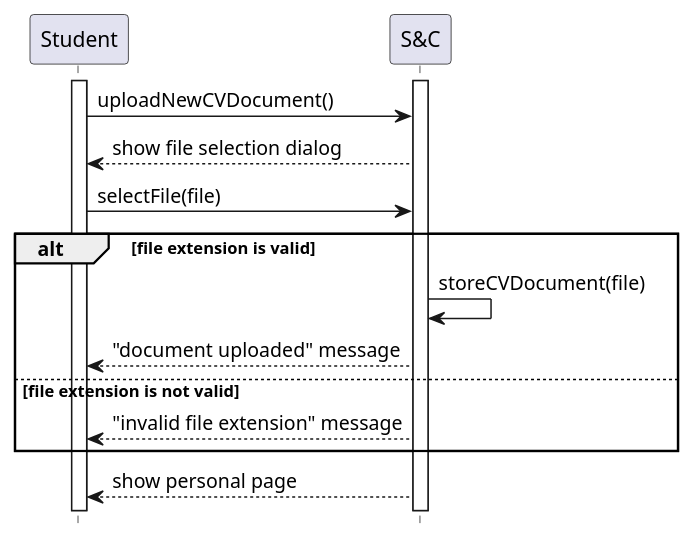
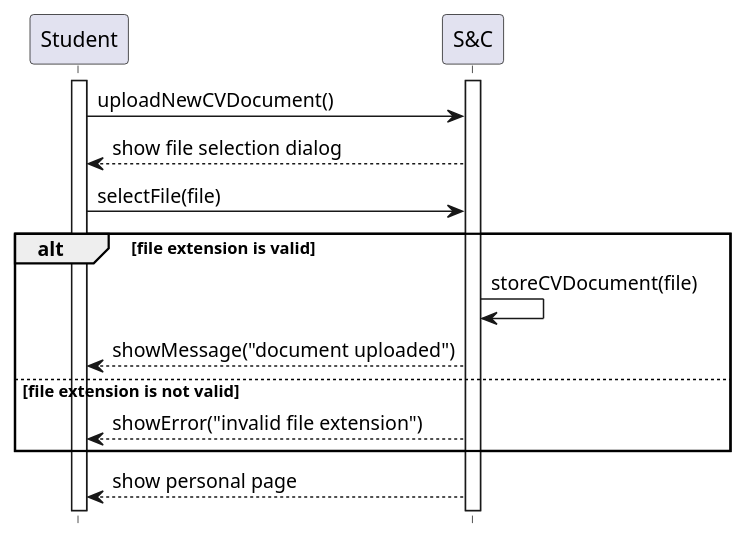
The diagram in RASD/Specific_requirements/uml_diagrams/UC10_diagram.puml (matti8702/R_and_DD_project_SE2), drawn with PlantUML before and after one commit. The commit also changed 7 other files, not shown here.

Commit message:
refactor: introduce showError and showMessage functions in sequence diagrams

```diff
--- a/RASD/Specific_requirements/uml_diagrams/UC10_diagram.puml
+++ b/RASD/Specific_requirements/uml_diagrams/UC10_diagram.puml
@@ -1,19 +1,19 @@
 @startuml UC10_diagram
 hide footbox
 
 participant "Student" as ST
 participant "S&C" AS S
 
 activate ST
 activate S
 ST -> S: uploadNewCVDocument()
 S --> ST: show file selection dialog
 ST -> S: selectFile(file)
 alt file extension is valid
     S -> S: storeCVDocument(file)
-    S --> ST: "document uploaded" message
+    S --> ST: showMessage("document uploaded")
 else file extension is not valid
-    S --> ST: "invalid file extension" message
+    S --> ST: showError("invalid file extension")
 end
 S --> ST: show personal page
 @enduml
```
